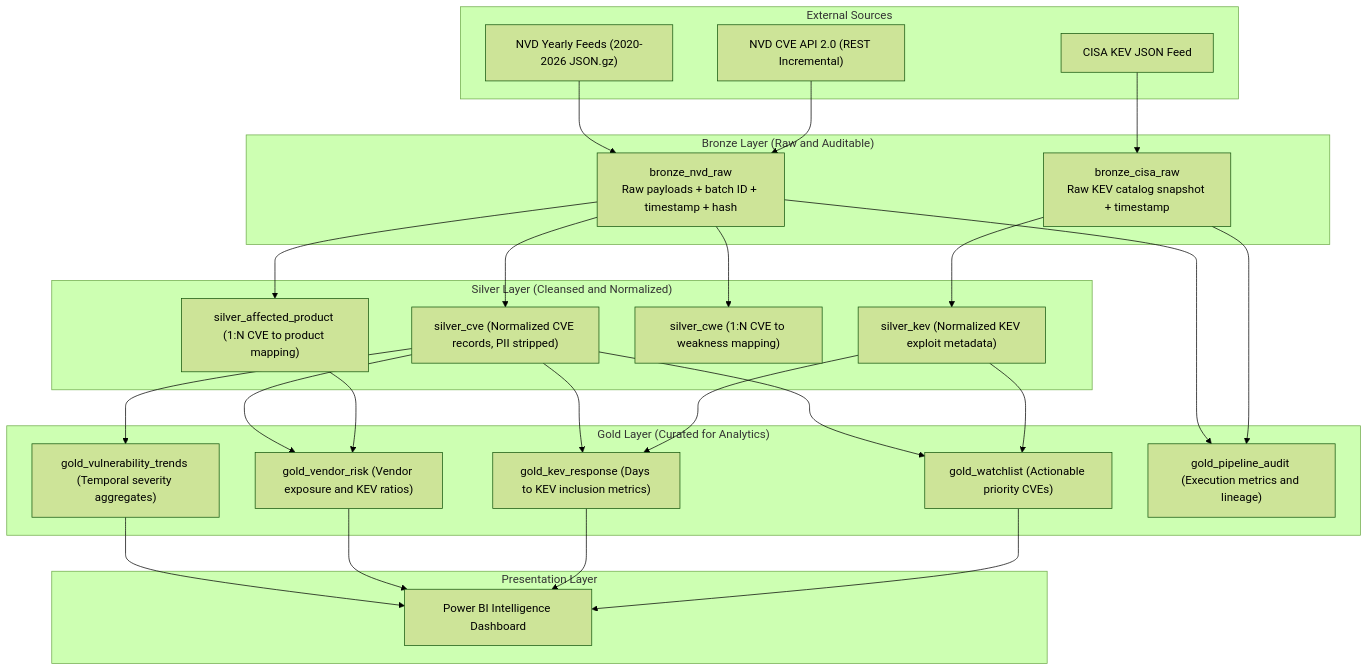
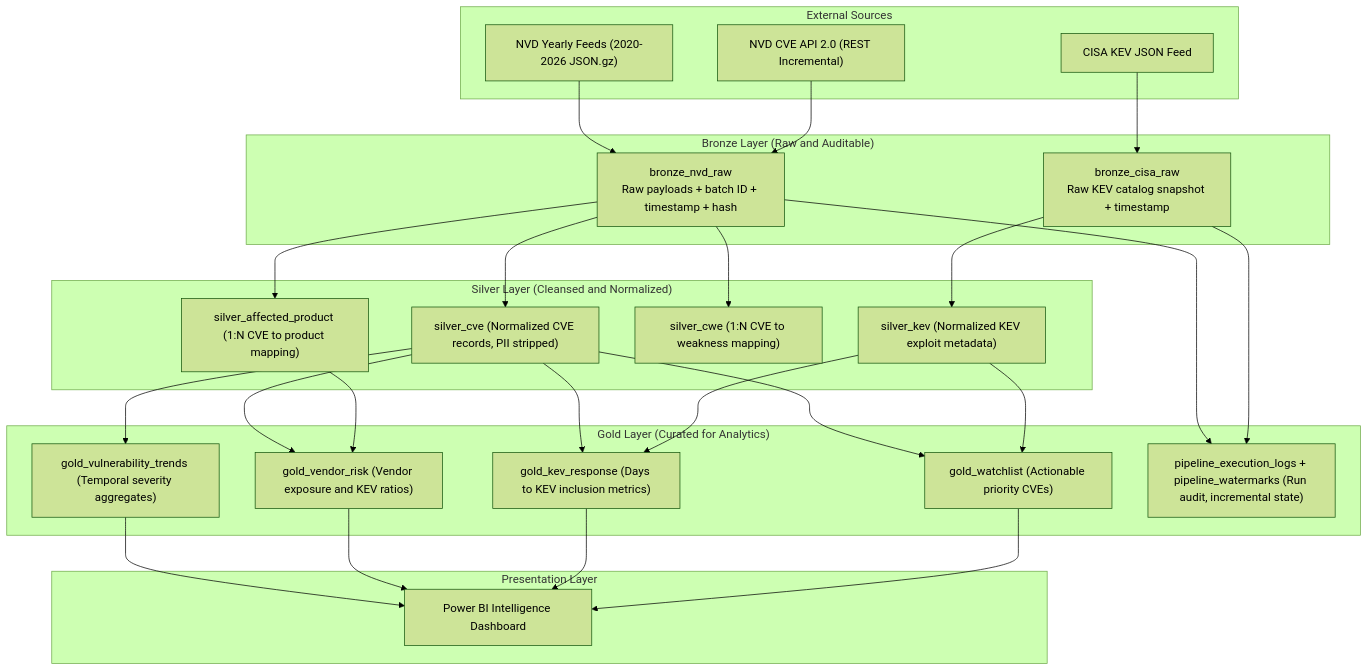
The diagram in README.md (kashishfatima999/VulnPulse), drawn with Mermaid (forest theme) before and after one commit. The commit also changed other lines of this file, not shown here.

Commit message:
bronze: NVD incremental/backfill with watermark, KEV snapshot, docs: Phase 2 matrix, data dictionary, execution guide, evidence log"

````diff
--- a/README.md
+++ b/README.md
@@ -46,52 +46,52 @@
 ```mermaid
 flowchart TD
     subgraph Sources ["External Sources"]
         NVD_Full["NVD Yearly Feeds (2020-2026 JSON.gz)"]
         NVD_Inc["NVD CVE API 2.0 (REST Incremental)"]
         CISA_Feed["CISA KEV JSON Feed"]
     end
 
     subgraph Bronze ["Bronze Layer (Raw and Auditable)"]
         B_NVD["bronze_nvd_raw<br/>Raw payloads + batch ID + timestamp + hash"]
         B_CISA["bronze_cisa_raw<br/>Raw KEV catalog snapshot + timestamp"]
     end
 
     subgraph Silver ["Silver Layer (Cleansed and Normalized)"]
         S_CVE["silver_cve (Normalized CVE records, PII stripped)"]
         S_Prod["silver_affected_product (1:N CVE to product mapping)"]
         S_CWE["silver_cwe (1:N CVE to weakness mapping)"]
         S_KEV["silver_kev (Normalized KEV exploit metadata)"]
     end
 
     subgraph Gold ["Gold Layer (Curated for Analytics)"]
         G_Trend["gold_vulnerability_trends (Temporal severity aggregates)"]
         G_Vendor["gold_vendor_risk (Vendor exposure and KEV ratios)"]
         G_KEV_Resp["gold_kev_response (Days to KEV inclusion metrics)"]
         G_Watch["gold_watchlist (Actionable priority CVEs)"]
-        G_Audit["gold_pipeline_audit (Execution metrics and lineage)"]
+        G_Audit["pipeline_execution_logs + pipeline_watermarks (Run audit, incremental state)"]
     end
 
     subgraph BI ["Presentation Layer"]
         PowerBI["Power BI Intelligence Dashboard"]
     end
 
     NVD_Full --> B_NVD
     NVD_Inc --> B_NVD
     CISA_Feed --> B_CISA
 
     B_NVD --> S_CVE
     B_NVD --> S_Prod
     B_NVD --> S_CWE
     B_CISA --> S_KEV
 
     S_CVE --> G_Trend
     S_CVE & S_Prod --> G_Vendor
     S_CVE & S_KEV --> G_KEV_Resp
     S_CVE & S_KEV --> G_Watch
     B_NVD & B_CISA --> G_Audit
 
     G_Trend --> PowerBI
     G_Vendor --> PowerBI
     G_KEV_Resp --> PowerBI
     G_Watch --> PowerBI
 ```
````
